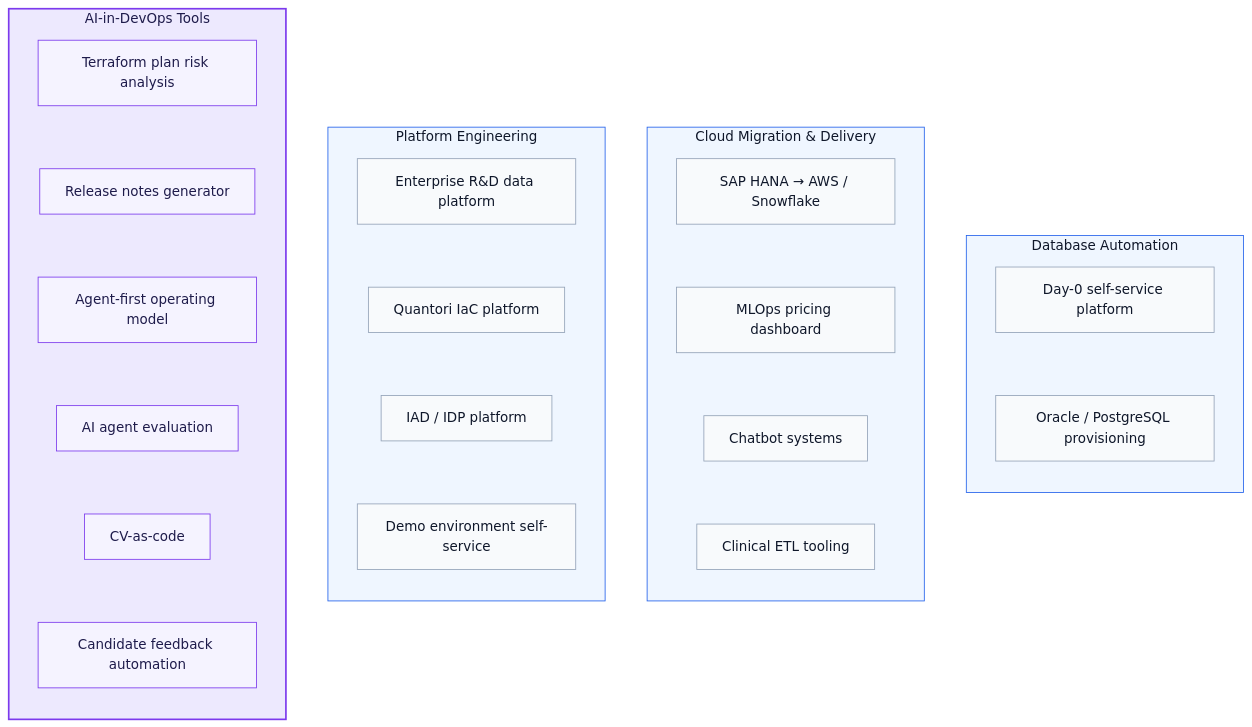
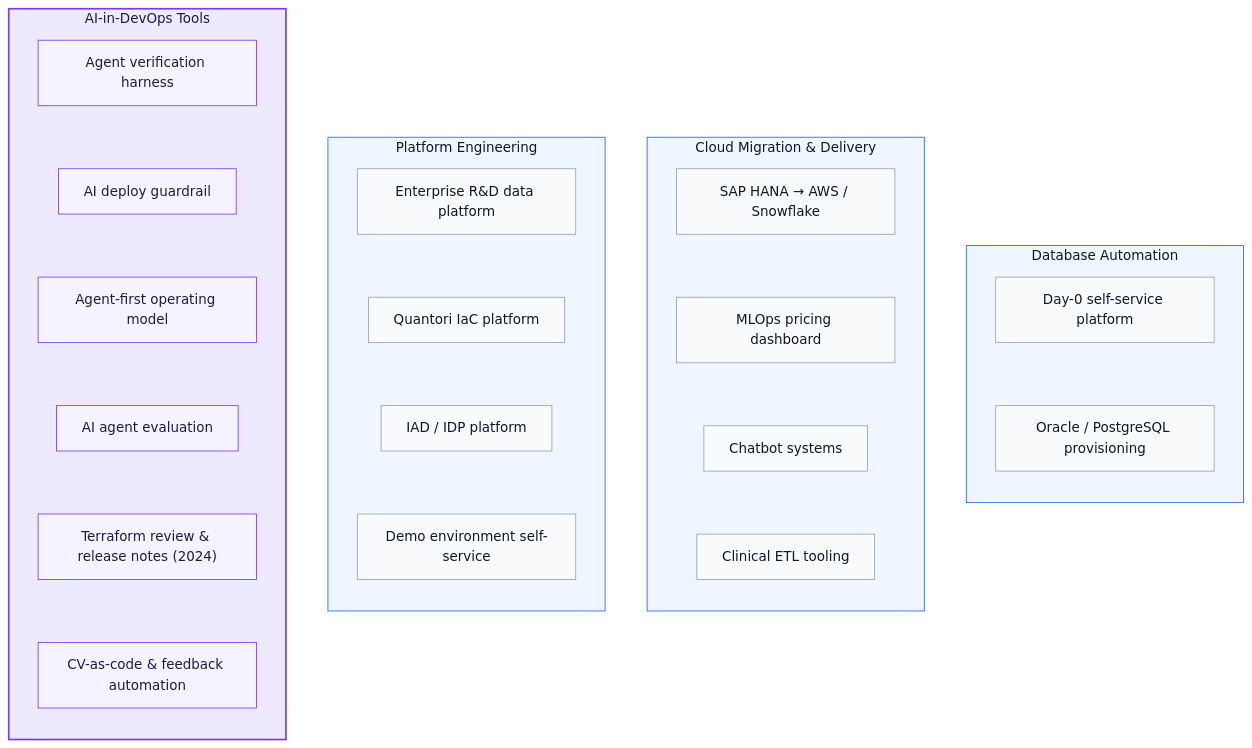
One commit to yurictl/ytimerkhanov-index.md changed the first of 2 diagrams in README.md. Above: the diagram before and after it, drawn with Mermaid. The commit also changed other lines of this file and 2 other files, not shown here.

Commit message:
Lead with agent verification harness and deploy guardrail; remove unmeasured 2024 percentages

````diff
--- a/README.md
+++ b/README.md
@@ -48,29 +48,29 @@
 ```mermaid
 flowchart LR
     subgraph A["AI-in-DevOps Tools"]
         direction TB
-        A1["Terraform plan risk analysis"] ~~~ A2["Release notes generator"] ~~~ A3["Agent-first operating model"] ~~~ A4["AI agent evaluation"] ~~~ A5["CV-as-code"] ~~~ A6["Candidate feedback automation"]
+        A1["Agent verification harness"] ~~~ A2["AI deploy guardrail"] ~~~ A3["Agent-first operating model"] ~~~ A4["AI agent evaluation"] ~~~ A5["Terraform review & release notes (2024)"] ~~~ A6["CV-as-code & feedback automation"]
     end
     subgraph B["Platform Engineering"]
         direction TB
         B1["Enterprise R&D data platform"] ~~~ B2["Quantori IaC platform"] ~~~ B3["IAD / IDP platform"] ~~~ B4["Demo environment self-service"]
     end
     subgraph C["Cloud Migration & Delivery"]
         direction TB
         C1["SAP HANA → AWS / Snowflake"] ~~~ C2["MLOps pricing dashboard"] ~~~ C3["Chatbot systems"] ~~~ C4["Clinical ETL tooling"]
     end
     subgraph D["Database Automation"]
         direction TB
         D1["Day-0 self-service platform"] ~~~ D2["Oracle / PostgreSQL provisioning"]
     end
     A ~~~ B ~~~ C ~~~ D
 
     classDef aiLeaf fill:#F5F3FF,stroke:#7C3AED,color:#1E1B4B
     classDef leaf fill:#F8FAFC,stroke:#94A3B8,color:#0F172A
     class A1,A2,A3,A4,A5,A6 aiLeaf
     class B1,B2,B3,B4,C1,C2,C3,C4,D1,D2 leaf
     style A fill:#EDE9FE,stroke:#7C3AED,stroke-width:2px,color:#1E1B4B
     style B fill:#EFF6FF,stroke:#2563EB,color:#0F172A
     style C fill:#EFF6FF,stroke:#2563EB,color:#0F172A
     style D fill:#EFF6FF,stroke:#2563EB,color:#0F172A
 ```
````
